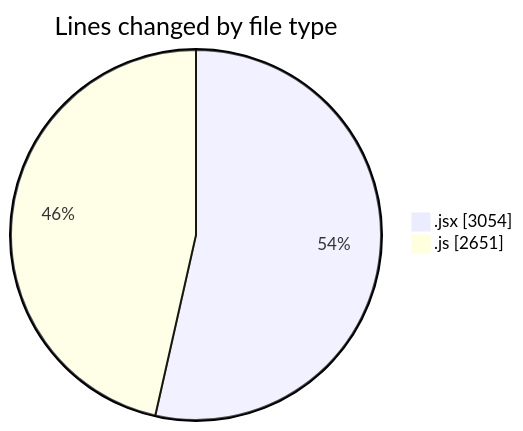
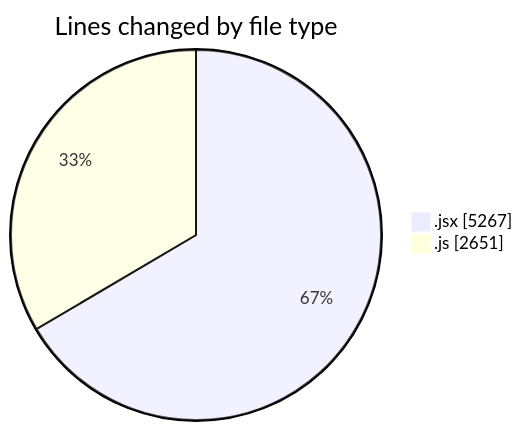
Before and after one commit to nxtqubesakshisongat/code-tracking: the first of 2 diagrams in 2025-07-30/nxtqube_webapp/README.md, drawn with Mermaid. The commit also changed other lines of this file and 1 other file, not shown here.

````diff
--- a/2025-07-30/nxtqube_webapp/README.md
+++ b/2025-07-30/nxtqube_webapp/README.md
@@ -31,6 +32,6 @@
 ```mermaid
 pie showData
 title Lines changed by file type
-".jsx" : 3054
+".jsx" : 5267
 ".js" : 2651
 ```
````
